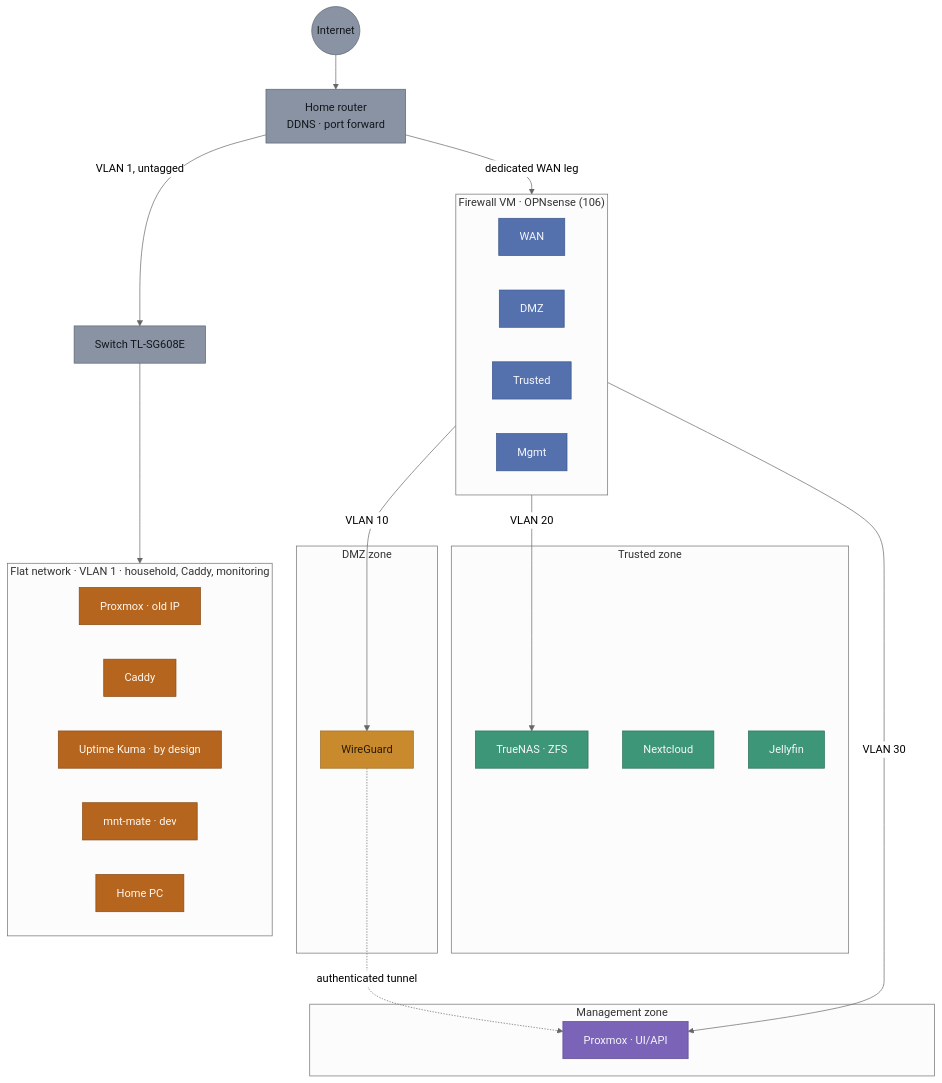
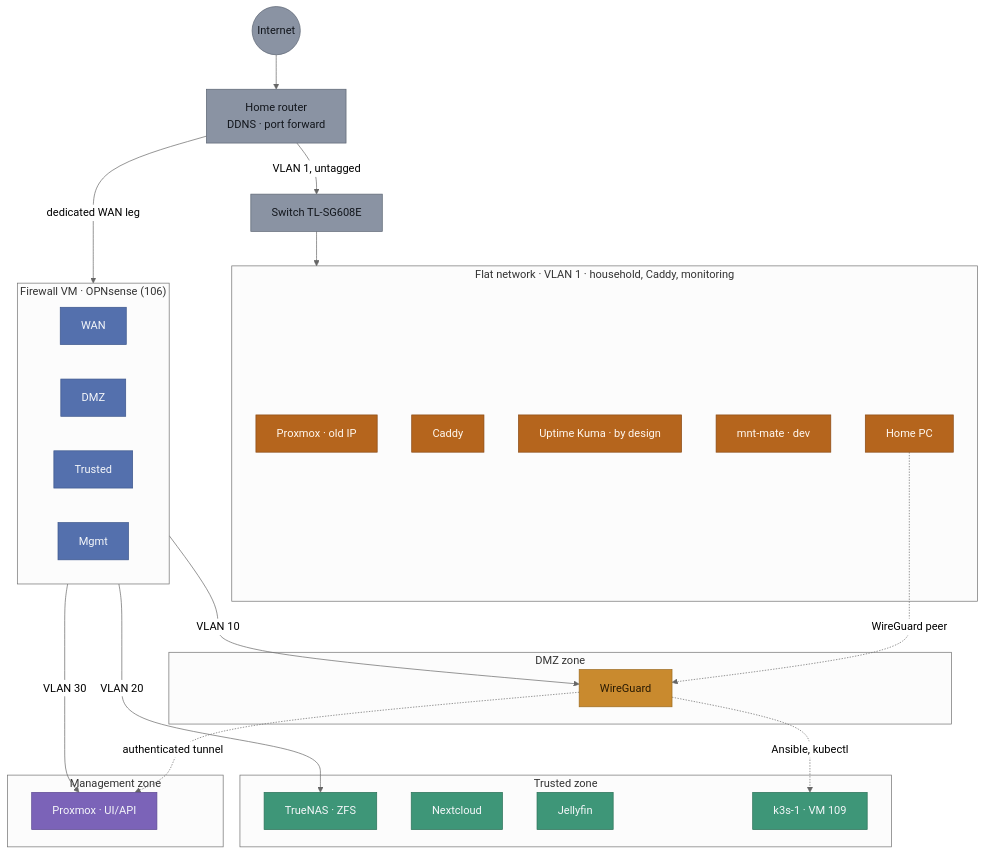
Before and after one commit to RuiGRMargarido/homelab: the first of 6 diagrams in docs/NETWORK.md, drawn with Mermaid (neutral theme). The commit also changed other lines of this file and 2 other files, not shown here.

First line of the commit message:
Diagramas de rede alinhados com o estado real, e o caminho de administracao pelo tunel

````diff
--- a/docs/NETWORK.md
+++ b/docs/NETWORK.md
@@ -15,55 +17,58 @@
 ```mermaid
 flowchart TB
     INT(("Internet")):::neut
     ROUTER["Home router<br/>DDNS · port forward"]:::neut
     INT --> ROUTER
 
     SW["Switch TL-SG608E"]:::neut
     ROUTER -- "VLAN 1, untagged" --> SW
     ROUTER -- "dedicated WAN leg" --> FWWAN
 
     subgraph FLAT["Flat network · VLAN 1 · household, Caddy, monitoring"]
         PVEA["Proxmox · old IP"]:::flat
         CADDY["Caddy"]:::flat
         KUMA["Uptime Kuma · by design"]:::flat
         MNT["mnt-mate · dev"]:::flat
         PC["Home PC"]:::flat
     end
 
     SW --> FLAT
 
     subgraph FW["Firewall VM · OPNsense (106)"]
         direction LR
         FWWAN["WAN"]:::fw
         FWDMZ["DMZ"]:::fw
         FWTRU["Trusted"]:::fw
         FWMGM["Mgmt"]:::fw
     end
 
     FWDMZ -- "VLAN 10" --> WG
     FWTRU -- "VLAN 20" --> TN
     FWMGM -- "VLAN 30" --> PVEB
 
     subgraph DMZ["DMZ zone"]
         WG["WireGuard"]:::dmz
     end
 
     subgraph TRUSTED["Trusted zone"]
         NC["Nextcloud"]:::tru
         JF["Jellyfin"]:::tru
         TN["TrueNAS · ZFS"]:::tru
+        K3S["k3s-1 · VM 109"]:::tru
     end
 
     subgraph MGMT["Management zone"]
         PVEB["Proxmox · UI/API"]:::mgmt
     end
 
+    PC -. "WireGuard peer" .-> WG
     WG -. "authenticated tunnel" .-> PVEB
+    WG -. "Ansible, kubectl" .-> K3S
 
     classDef neut fill:#8A93A3,stroke:#5B6472,color:#12161C
     classDef flat fill:#B5651D,stroke:#8A4A15,color:#FFF8F0
     classDef fw fill:#5470AD,stroke:#3C568C,color:#F5F7FA
     classDef dmz fill:#C98A2E,stroke:#9C6B1F,color:#2A1B04
     classDef mgmt fill:#7B63B8,stroke:#5E4A93,color:#F5F7FA
     classDef tru fill:#3E9678,stroke:#2C7259,color:#F5F7FA
 ```
````
